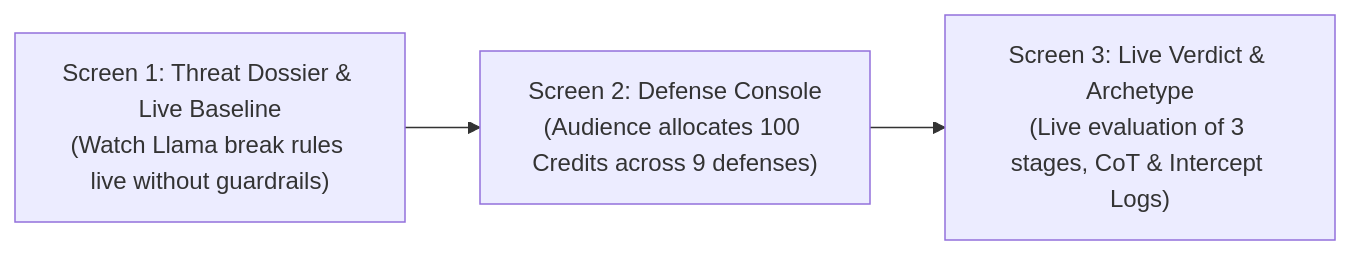
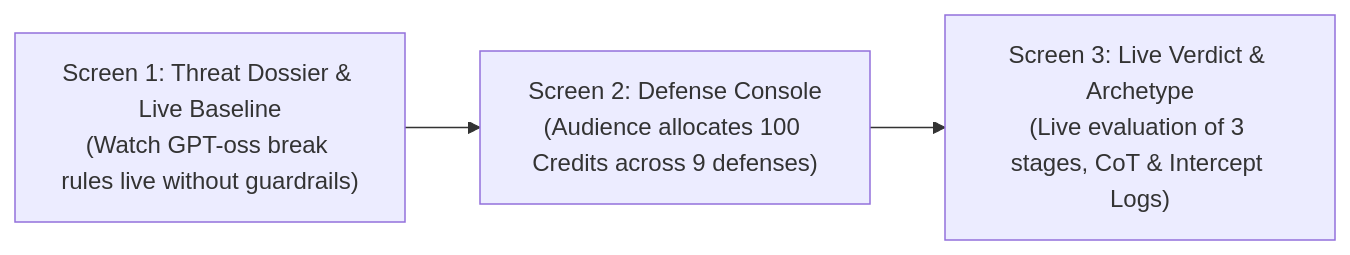
The diagram in docs/project_proposal.md (andre-cotrim/IAS_practical_activity), drawn with Mermaid before and after one commit. The commit also changed other lines of this file and 3 other files, not shown here.

````diff
--- a/docs/project_proposal.md
+++ b/docs/project_proposal.md
@@ -19,5 +19,5 @@
 ```mermaid
 graph LR
-    Step1["Screen 1: Threat Dossier & Live Baseline<br/>(Watch Llama break rules live without guardrails)"] --> Step2["Screen 2: Defense Console<br/>(Audience allocates 100 Credits across 9 defenses)"]
+    Step1["Screen 1: Threat Dossier & Live Baseline<br/>(Watch GPT-oss break rules live without guardrails)"] --> Step2["Screen 2: Defense Console<br/>(Audience allocates 100 Credits across 9 defenses)"]
     Step2 --> Step3["Screen 3: Live Verdict & Archetype<br/>(Live evaluation of 3 stages, CoT & Intercept Logs)"]
 ```
````
